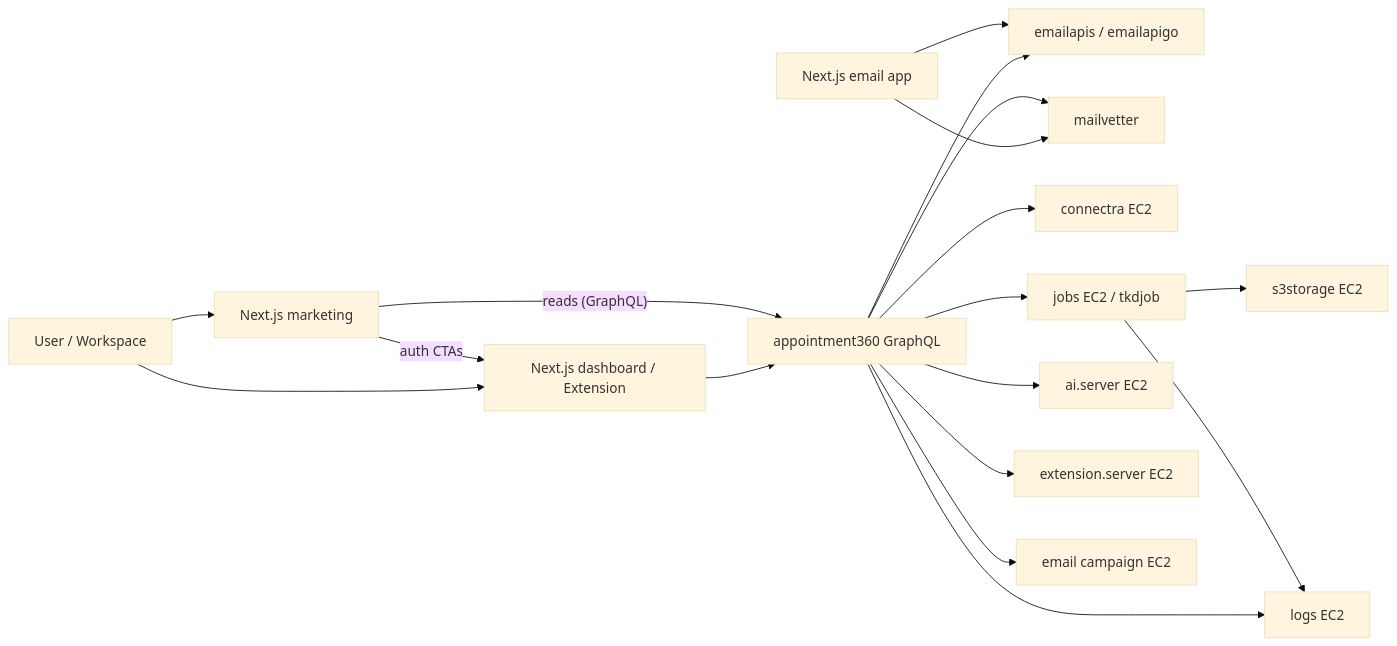
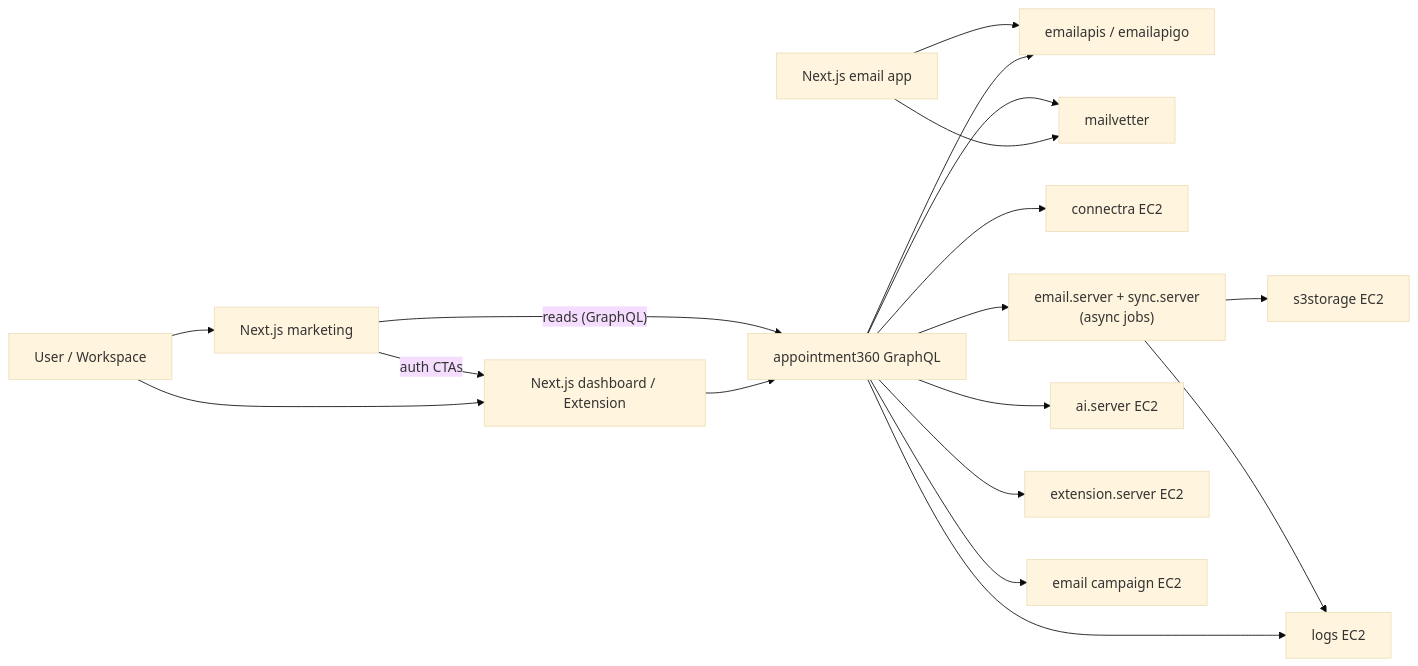
One commit to thekoushikdurgas/docsai changed the first of 59 diagrams in docs/flowchart.md. Above: the diagram before and after it, drawn with Mermaid (base theme). The commit also changed other lines of this file and 233 other files, not shown here.

````diff
--- a/docs/flowchart.md
+++ b/docs/flowchart.md
@@ -13,34 +13,34 @@
 ```mermaid
 flowchart LR
     user["User / Workspace"]
     dash["Next.js dashboard / Extension"]
     mkt["Next.js marketing"]
     gateway["appointment360 GraphQL"]
     finder["emailapis / emailapigo"]
     emailApp["Next.js email app"]
     verify["mailvetter"]
     search["connectra EC2"]
-    jobs["jobs EC2 / tkdjob"]
+    jobs["email.server + sync.server\n(async jobs)"]
     files["s3storage EC2"]
     logs["logs EC2"]
     ai["ai.server EC2"]
     ext["extension.server EC2"]
     campaign["email campaign EC2"]
 
     user --> dash --> gateway
     user --> mkt
     mkt -->|"reads (GraphQL)"| gateway
     mkt -->|"auth CTAs"| dash
     gateway --> finder
     emailApp --> finder
     emailApp --> verify
     gateway --> verify
     gateway --> search
     gateway --> jobs
     gateway --> ai
     gateway --> campaign
     gateway --> ext
     jobs --> files
     gateway --> logs
     jobs --> logs
 ```
````
